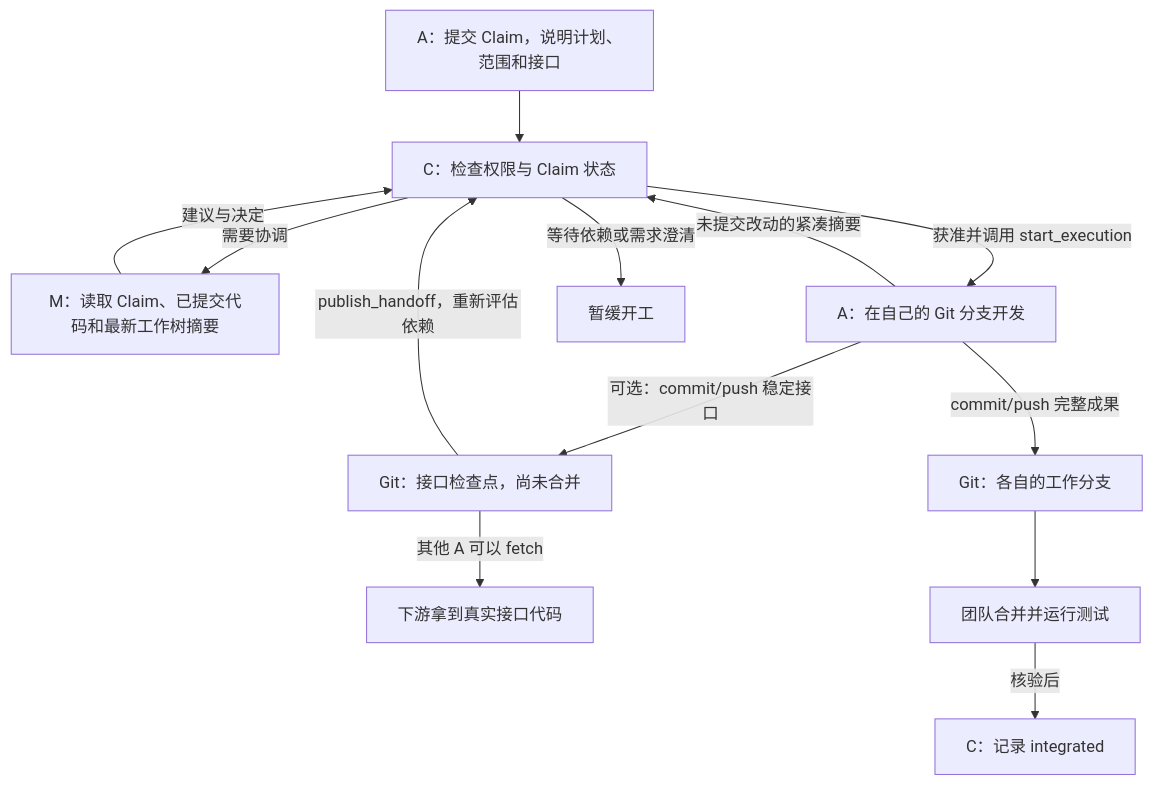
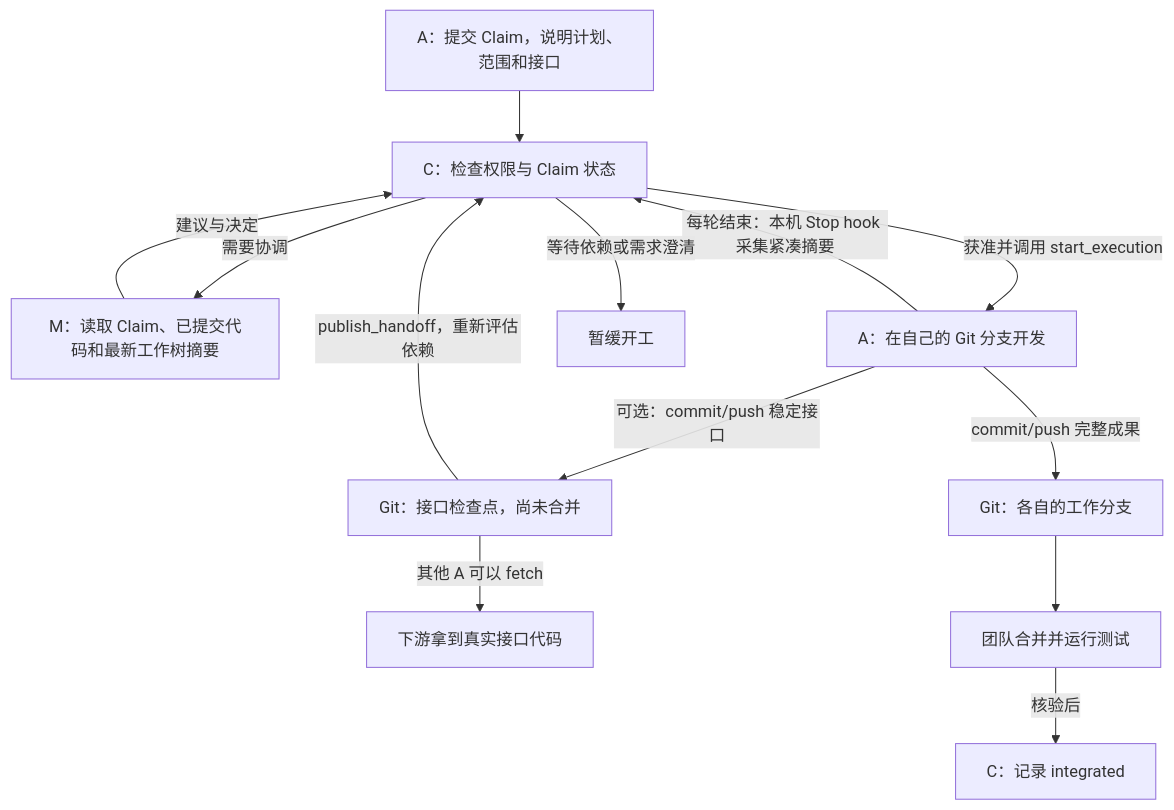
One commit to yigezong/tca changed the diagram in README_zh.md. Above: the diagram before and after it, drawn with Mermaid. The commit also changed other lines of this file and 18 other files, not shown here.

````diff
--- a/README_zh.md
+++ b/README_zh.md
@@ -26,15 +26,15 @@
 ```mermaid
 flowchart TD
     A["A：提交 Claim，说明计划、范围和接口"] --> C["C：检查权限与 Claim 状态"]
     C -->|需要协调| M["M：读取 Claim、已提交代码和最新工作树摘要"]
     M -->|建议与决定| C
     C -->|获准并调用 start_execution| D["A：在自己的 Git 分支开发"]
-    D -->|未提交改动的紧凑摘要| C
+    D -->|每轮结束：本机 Stop hook 采集紧凑摘要| C
     C -->|等待依赖或需求澄清| W["暂缓开工"]
     D -->|可选：commit/push 稳定接口| H["Git：接口检查点，尚未合并"]
     H -->|publish_handoff，重新评估依赖| C
     H -->|其他 A 可以 fetch| R["下游拿到真实接口代码"]
     D -->|commit/push 完整成果| G["Git：各自的工作分支"]
     G --> I["团队合并并运行测试"]
     I -->|核验后| F["C：记录 integrated"]
 ```
````
